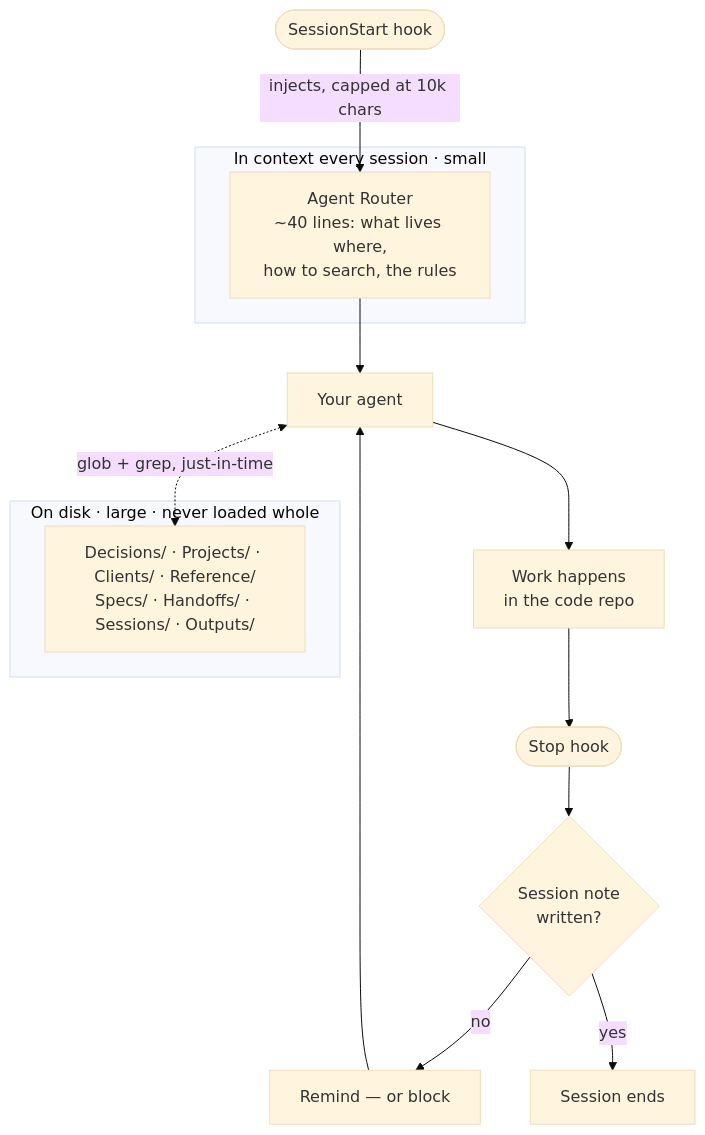
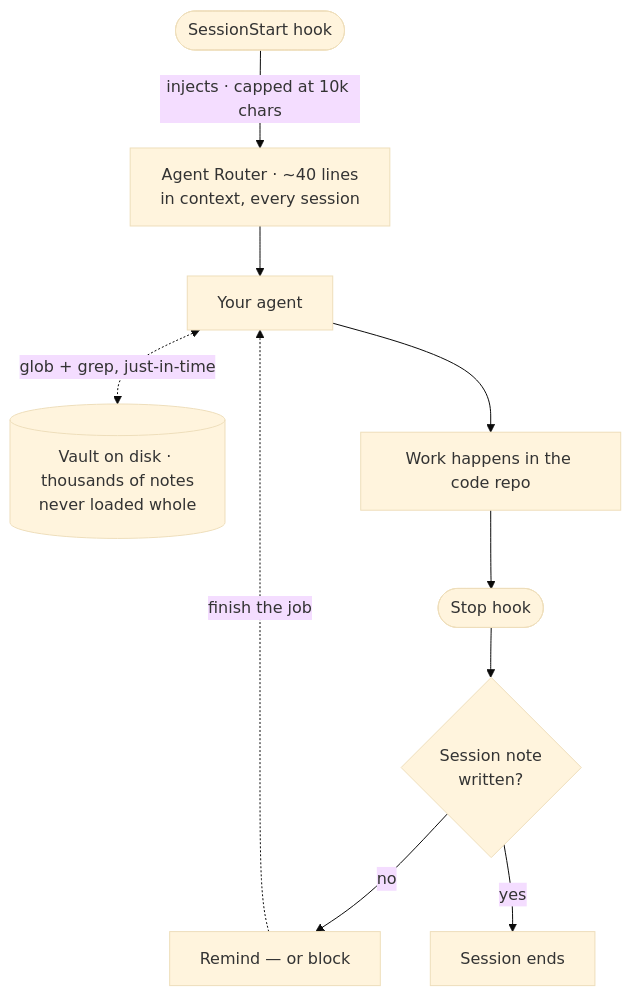
The first of 2 diagrams in README.md (Chris-Carruthers/canon), drawn with Mermaid (base theme) before and after one commit.

Commit message:
docs: fix diagram 1 layout — subgraph titles collided with edge labels
Rendered both diagrams with mermaid-cli and looked at them. The first had the
"glob + grep" edge label sitting on top of the "On disk" subgraph title.
Dropped the subgraph boxes and moved small-vs-large into the node text, which
removes the collision and reads cleaner.

````diff
--- a/README.md
+++ b/README.md
@@ -24,28 +24,22 @@
 ```mermaid
 flowchart TB
     H(["SessionStart hook"])
+    R["Agent Router · ~40 lines<br/>in context, every session"]
     A["Your agent"]
-    W["Work happens<br/>in the code repo"]
+    V[("Vault on disk · thousands of notes<br/>never loaded whole")]
+    W["Work happens in the code repo"]
     S(["Stop hook"])
     Q{"Session note<br/>written?"}
     N["Remind — or block"]
     E["Session ends"]
 
-    subgraph ctx["In context every session · small"]
-        R["Agent Router<br/>~40 lines: what lives where,<br/>how to search, the rules"]
-    end
-
-    subgraph disk["On disk · large · never loaded whole"]
-        V["Decisions/ · Projects/ · Clients/ · Reference/<br/>Specs/ · Handoffs/ · Sessions/ · Outputs/"]
-    end
-
-    H -->|"injects, capped at 10k chars"| R
+    H -->|"injects · capped at 10k chars"| R
     R --> A
     A <-.->|"glob + grep, just-in-time"| V
     A --> W
     W --> S
     S --> Q
     Q -->|"no"| N
-    N --> A
+    N -.->|"finish the job"| A
     Q -->|"yes"| E
 ```
````
